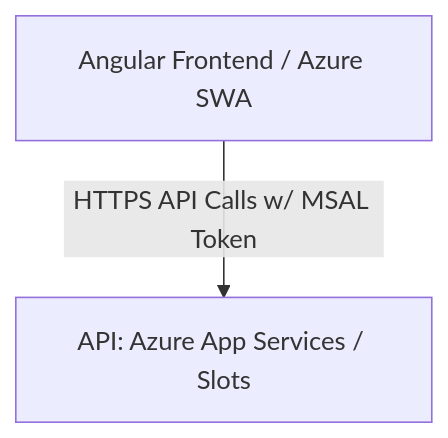
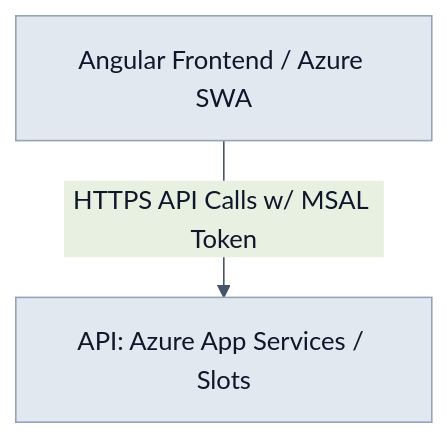
One commit to acforbes/freight-logistics-architecture changed the third of 5 diagrams in presentation.md. Above: the diagram before and after it, drawn with Mermaid. The commit also changed other lines of this file, not shown here.

````diff
--- a/presentation.md
+++ b/presentation.md
@@ -134,4 +156,15 @@
 ```mermaid
 graph TD
+%%{init: {
+  'theme': 'base',
+  'themeVariables': {
+    'primaryColor': '#E2E8F0',
+    'primaryTextColor': '#0F172A',
+    'primaryBorderColor': '#94A3B8',
+    'lineColor': '#475569',
+    'fontFamily': 'arial, helvetica, sans-serif',
+    'fontSize': '16px'
+  }
+}}%%
     Client[Angular Frontend / Azure SWA] -->|HTTPS API Calls w/ MSAL Token| AppService[API: Azure App Services / Slots]
 ```
````
